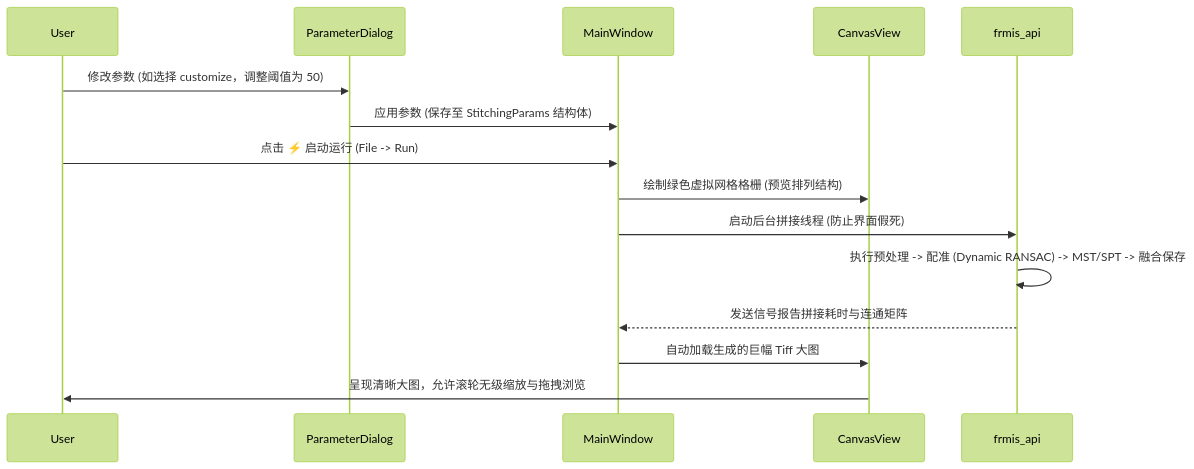
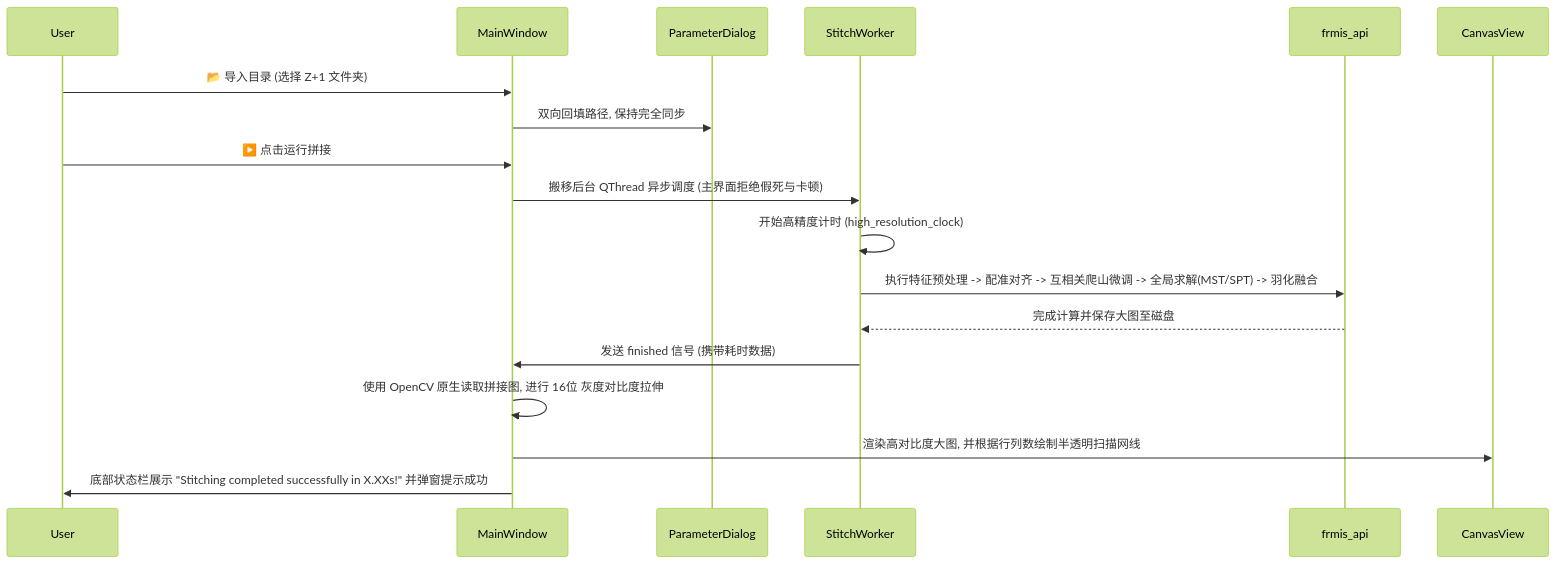
Before and after one commit to liming-rgb/FRMIS_Pro: the second of 2 diagrams in FRMIS-UI-design.md, drawn with Mermaid (forest theme). The commit also changed other lines of this file and 10 other files, not shown here.

Commit message:
feat: optimize parameter dialog empty-defaults, bidirectional path sync, robust OpenCV-based 16-bit TIFF rendering, execution timer displays, and clean up build output

````diff
--- a/FRMIS-UI-design.md
+++ b/FRMIS-UI-design.md
@@ -67,12 +96,14 @@
 ```mermaid
 sequenceDiagram
-    User ->> ParameterDialog: 修改参数 (如选择 customize，调整阈值为 50)
-    ParameterDialog ->> MainWindow: 应用参数 (保存至 StitchingParams 结构体)
-    User ->> MainWindow: 点击 ⚡ 启动运行 (File -> Run)
-    MainWindow ->> CanvasView: 绘制绿色虚拟网格格栅 (预览排列结构)
-    MainWindow ->> frmis_api: 启动后台拼接线程 (防止界面假死)
-    frmis_api ->> frmis_api: 执行预处理 -> 配准 (Dynamic RANSAC) -> MST/SPT -> 融合保存
-    frmis_api -->> MainWindow: 发送信号报告拼接耗时与连通矩阵
-    MainWindow ->> CanvasView: 自动加载生成的巨幅 Tiff 大图
-    CanvasView ->> User: 呈现清晰大图，允许滚轮无级缩放与拖拽浏览
+    User ->> MainWindow: 📂 导入目录 (选择 Z+1 文件夹)
+    MainWindow ->> ParameterDialog: 双向回填路径, 保持完全同步
+    User ->> MainWindow: ▶️ 点击运行拼接
+    MainWindow ->> StitchWorker: 搬移后台 QThread 异步调度 (主界面拒绝假死与卡顿)
+    StitchWorker ->> StitchWorker: 开始高精度计时 (high_resolution_clock)
+    StitchWorker ->> frmis_api: 执行特征预处理 -> 配准对齐 -> 互相关爬山微调 -> 全局求解(MST/SPT) -> 羽化融合
+    frmis_api -->> StitchWorker: 完成计算并保存大图至磁盘
+    StitchWorker ->> MainWindow: 发送 finished 信号 (携带耗时数据)
+    MainWindow ->> MainWindow: 使用 OpenCV 原生读取拼接图, 进行 16位 灰度对比度拉伸
+    MainWindow ->> CanvasView: 渲染高对比度大图, 并根据行列数绘制半透明扫描网线
+    MainWindow ->> User: 底部状态栏展示 "Stitching completed successfully in X.XXs!" 并弹窗提示成功
 ```
````
